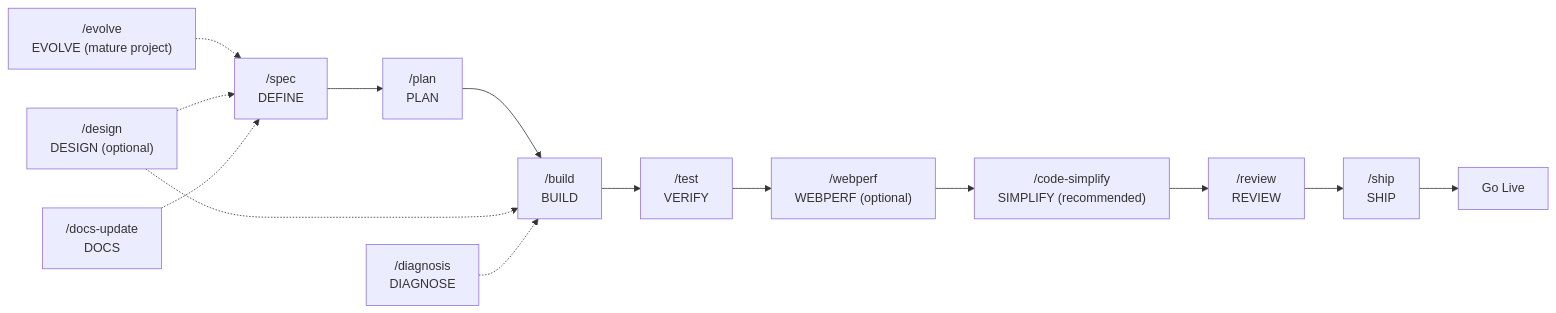
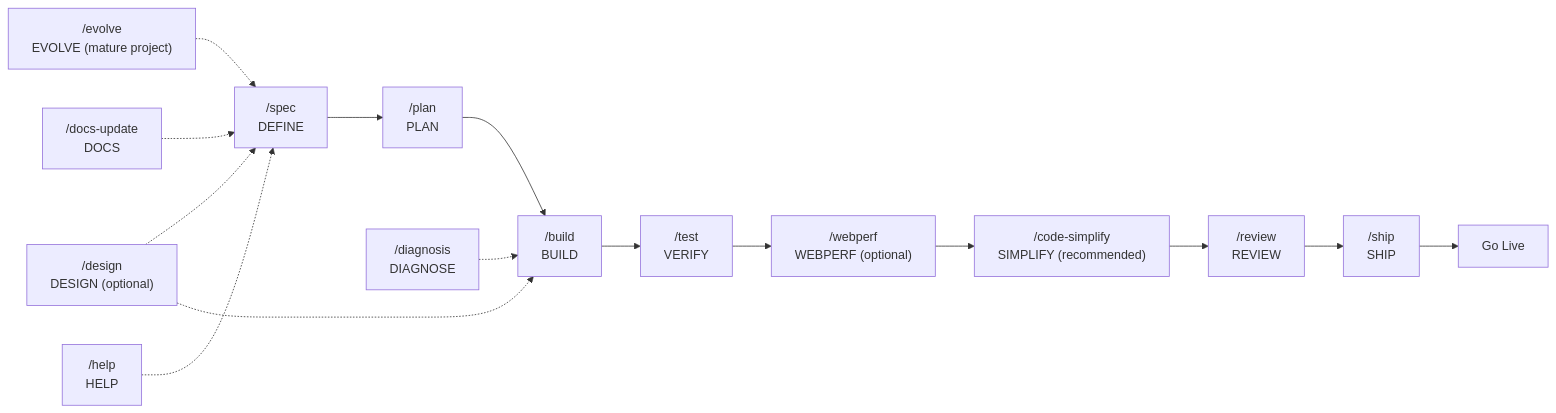
Before and after one commit to Fisherk2/codice-opencode: the diagram in README.md, drawn with Mermaid. The commit also changed other lines of this file and 276 other files, not shown here.

````diff
--- a/README.md
+++ b/README.md
@@ -250,17 +223,18 @@
 ```mermaid
 flowchart LR
     A["/spec<br/>DEFINE"] --> B["/plan<br/>PLAN"]
     B --> C["/build<br/>BUILD"]
     C --> D["/test<br/>VERIFY"]
     D --> E["/webperf<br/>WEBPERF (optional)"]
     E --> F["/code-simplify<br/>SIMPLIFY (recommended)"]
     F --> G["/review<br/>REVIEW"]
     G --> H["/ship<br/>SHIP"]
     H --> I["Go Live"]
 
     J["/evolve<br/>EVOLVE (mature project)"] -.-> A
     K["/design<br/>DESIGN (optional)"] -.-> A
     K -.-> C
     L["/docs-update<br/>DOCS"] -.-> A
     M["/diagnosis<br/>DIAGNOSE"] -.-> C
+    N["/help<br/>HELP"] -.-> A
 ```
````
